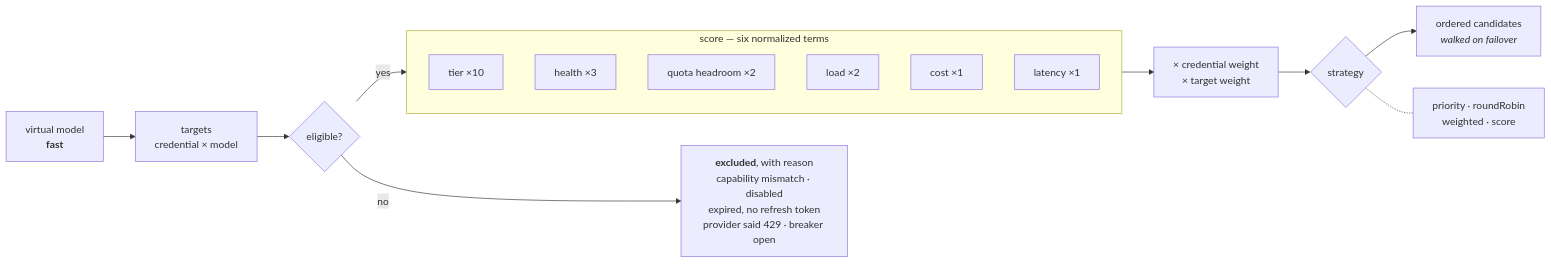
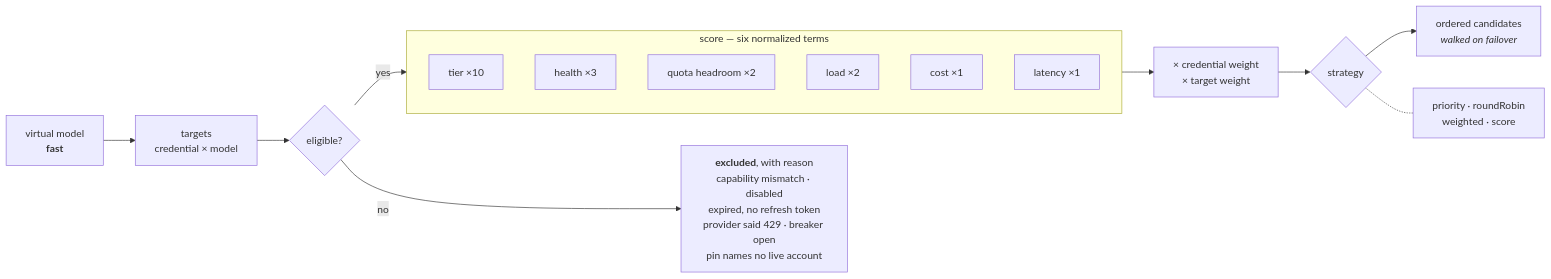
Before and after one commit to harismawan/omnigateway: the third of 16 diagrams in ARCHITECTURE.md, drawn with Mermaid. The commit also changed other lines of this file and 12 other files, not shown here.

First line of the commit message:
feat(router): pin a target to one account

````diff
--- a/ARCHITECTURE.md
+++ b/ARCHITECTURE.md
@@ -113,23 +113,23 @@
 ```mermaid
 flowchart LR
   vm["virtual model<br/><b>fast</b>"] --> targets["targets<br/>credential × model"]
 
   targets --> filter{eligible?}
-  filter -- no --> excl["<b>excluded</b>, with reason<br/>capability mismatch · disabled<br/>expired, no refresh token<br/>provider said 429 · breaker open"]
+  filter -- no --> excl["<b>excluded</b>, with reason<br/>capability mismatch · disabled<br/>expired, no refresh token<br/>provider said 429 · breaker open<br/>pin names no live account"]
   filter -- yes --> score
 
   subgraph score["score — six normalized terms"]
     direction TB
     t["tier ×10"]
     h["health ×3"]
     q["quota headroom ×2"]
     l["load ×2"]
     c["cost ×1"]
     lat["latency ×1"]
   end
 
   score --> mult["× credential weight<br/>× target weight"]
   mult --> strat{strategy}
   strat --> out["ordered candidates<br/><i>walked on failover</i>"]
   strat -.- opts["priority · roundRobin<br/>weighted · score"]
 ```
````
